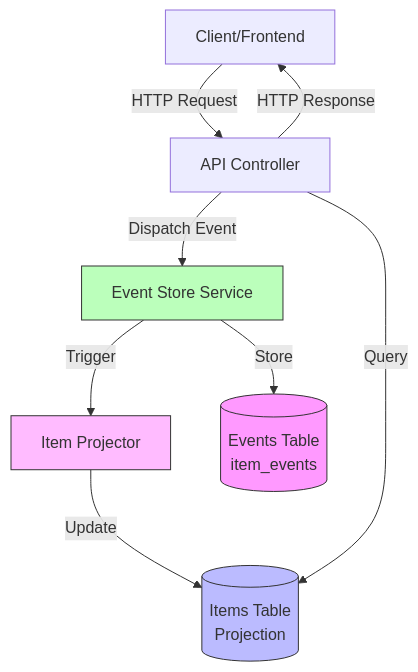
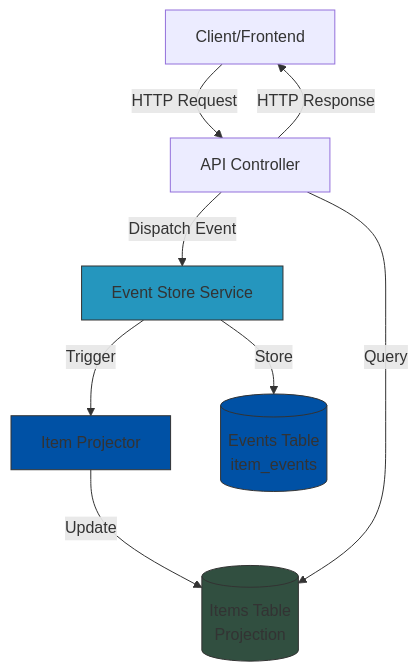
One commit to mkhairul/rbc-backend changed the first of 4 diagrams in README.md. Above: the diagram before and after it, drawn with Mermaid.

Commit message:
change bg color.

````diff
--- a/README.md
+++ b/README.md
@@ -19,22 +19,22 @@
 ```mermaid
 graph TB
     Client[Client/Frontend]
     API[API Controller]
     EventStore[Event Store Service]
     Projector[Item Projector]
     Events[(Events Table<br/>item_events)]
     Items[(Items Table<br/>Projection)]
     
     Client -->|HTTP Request| API
     API -->|Dispatch Event| EventStore
     EventStore -->|Store| Events
     EventStore -->|Trigger| Projector
     Projector -->|Update| Items
     API -->|Query| Items
     API -->|HTTP Response| Client
     
-    style Events fill:#f9f,stroke:#333
-    style Items fill:#bbf,stroke:#333
-    style EventStore fill:#bfb,stroke:#333
-    style Projector fill:#fbf,stroke:#333
+    style Events fill:#0051A5,stroke:#333
+    style Items fill:#314F40,stroke:#333
+    style EventStore fill:#2596be,stroke:#333
+    style Projector fill:#0051A5,stroke:#333
 ```
````
